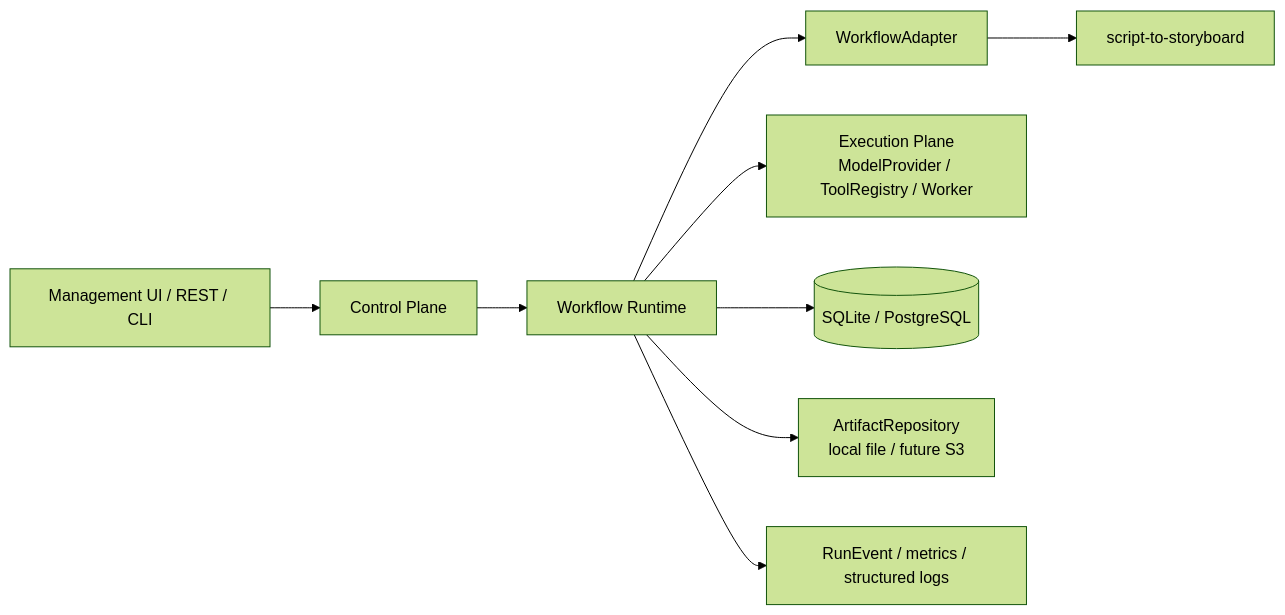
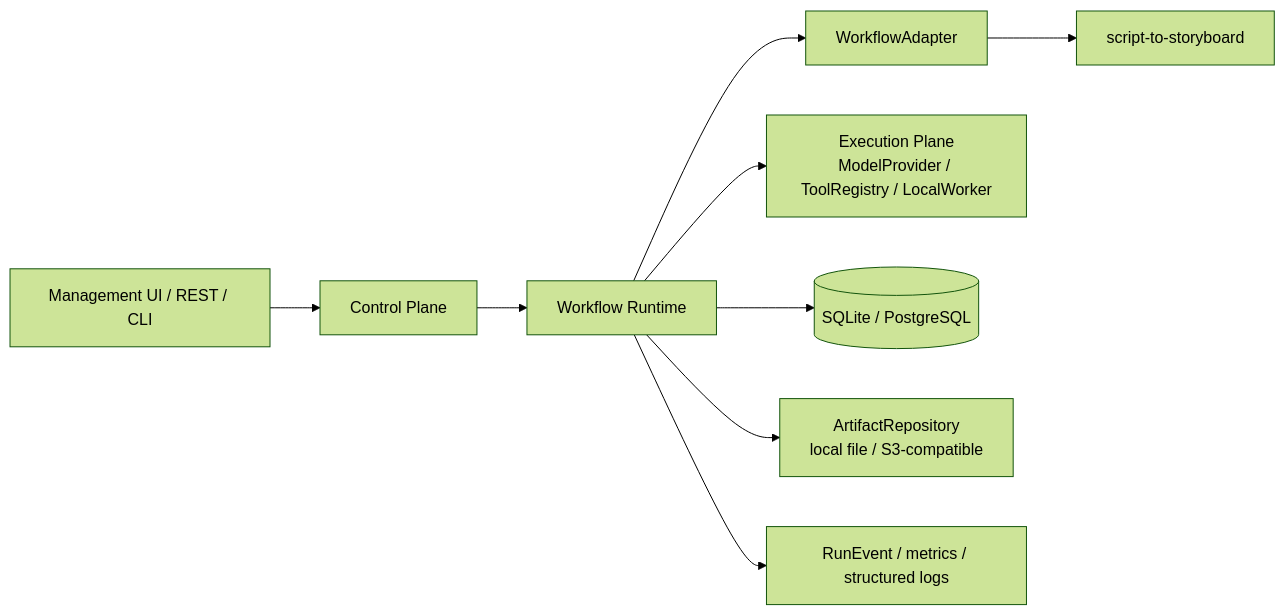
The diagram in docs/architecture.md (jiping730/shortdrama-agent-workbench), drawn with Mermaid (forest theme) before and after one commit. The commit also changed other lines of this file and 15 other files, not shown here.

````diff
--- a/docs/architecture.md
+++ b/docs/architecture.md
@@ -3,11 +3,11 @@
 ```mermaid
 flowchart LR
   UI[Management UI / REST / CLI] --> CP[Control Plane]
   CP --> RT[Workflow Runtime]
   RT --> WA[WorkflowAdapter]
   WA --> BP[script-to-storyboard]
-  RT --> EP[Execution Plane\nModelProvider / ToolRegistry / Worker]
+  RT --> EP[Execution Plane\nModelProvider / ToolRegistry / LocalWorker]
   RT --> DP[(SQLite / PostgreSQL)]
-  RT --> AR[ArtifactRepository\nlocal file / future S3]
+  RT --> AR[ArtifactRepository\nlocal file / S3-compatible]
   RT --> OBS[RunEvent / metrics / structured logs]
 ```
````
